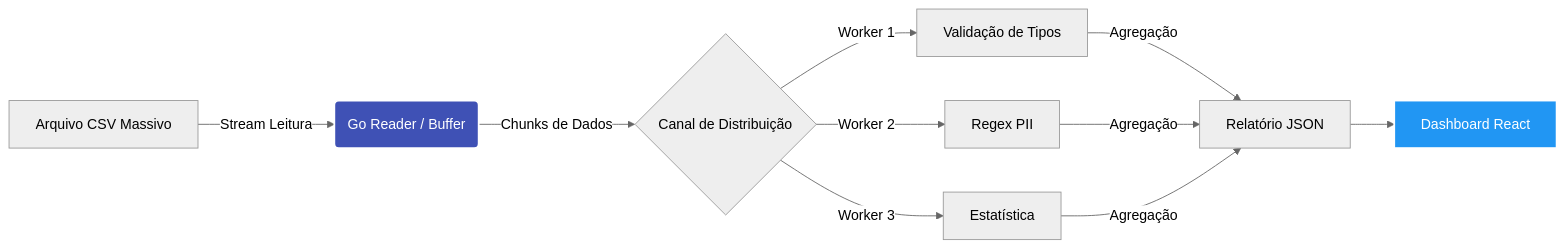
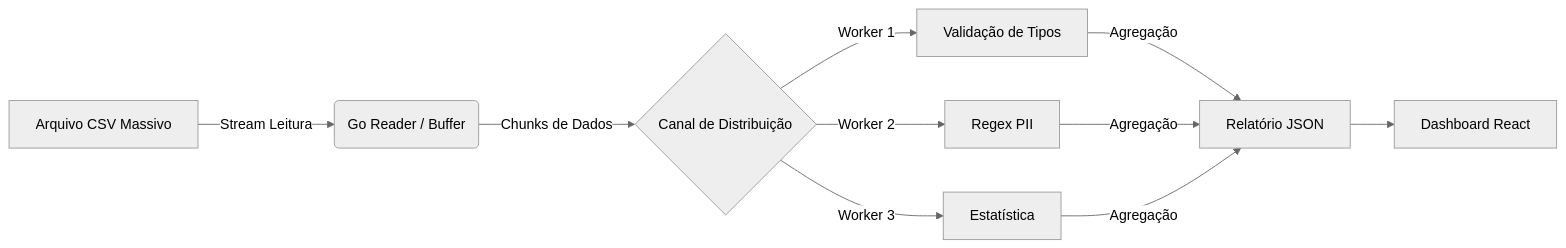
One commit to JGustavoCN/dataprofiler changed the diagram in docs/index.md. Above: the diagram before and after it, drawn with Mermaid (neutral theme). The commit also changed other lines of this file and 23 other files, not shown here.

````diff
--- a/docs/index.md
+++ b/docs/index.md
@@ -78,13 +73,28 @@
 ```mermaid
+
 graph LR
+    %% --- Definição dos Nós ---
     A[Arquivo CSV Massivo] -->|Stream Leitura| B(Go Reader / Buffer);
     B -->|Chunks de Dados| C{Canal de Distribuição};
+
+    %% Workers paralelos
     C -->|Worker 1| D[Validação de Tipos];
     C -->|Worker 2| E[Regex PII];
     C -->|Worker 3| F[Estatística];
+
+    %% Agregação
     D & E & F -->|Agregação| G[Relatório JSON];
     G --> H[Dashboard React];
 
-    style B fill:#3f51b5,stroke:#fff,stroke-width:2px,color:#fff
-    style H fill:#2196f3,stroke:#fff,stroke-width:2px,color:#fff
+    %% --- APLICAÇÃO DE CLASSES CSS EXTERNAS ---
+    %% Isso vincula os nós às regras que criamos no home.css
+    %% Não definimos cores aqui. O CSS controla tudo.
+
+    class A,B source;
+    class C,D,E,F,G process;
+    class H target;
+
+    %% Apenas removemos o preenchimento padrão da linha para o CSS pintar
+    linkStyle default fill:none;
+
 ```
````
